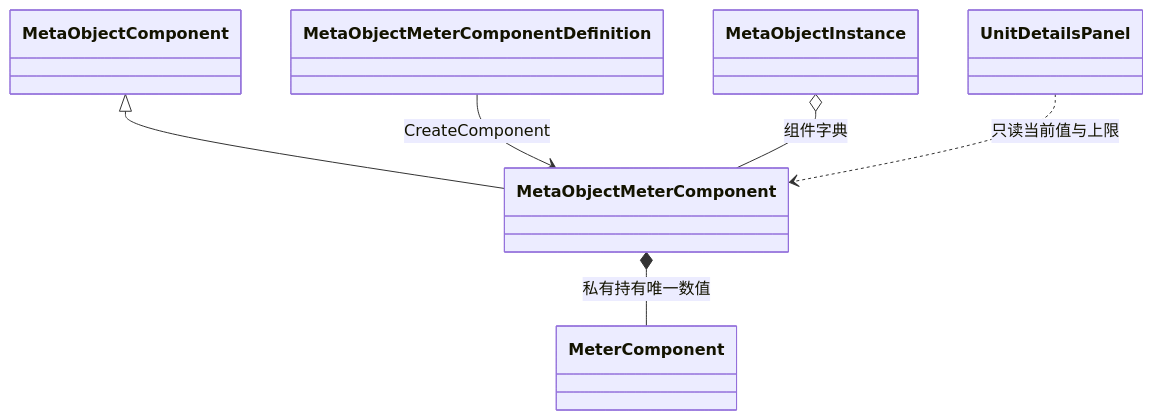
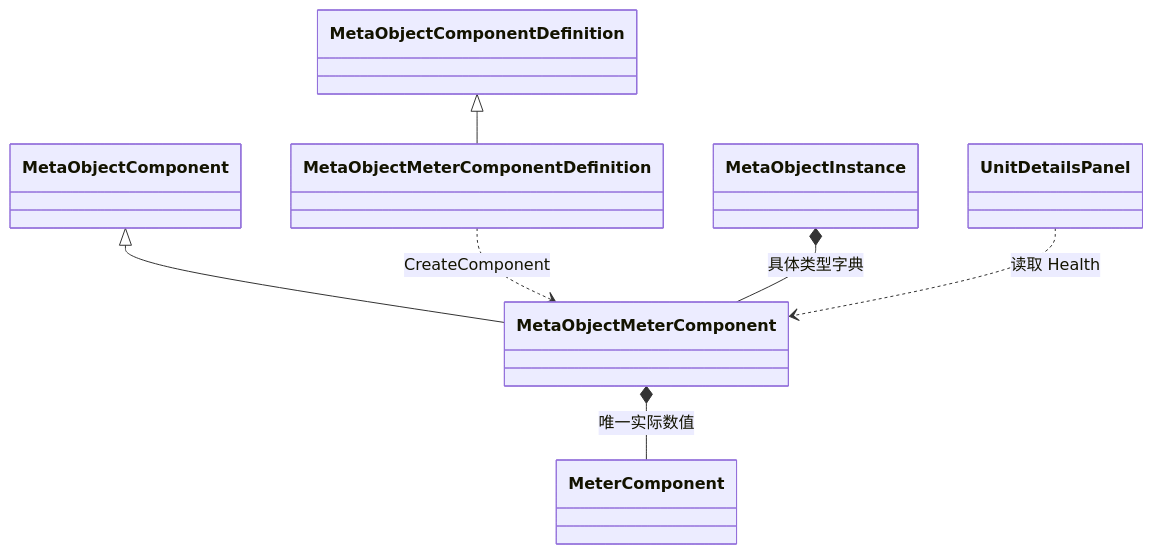
The diagram in 代码说明文档/75_量表组件与生命显示代码设计案.md (ObALive/this), drawn with Mermaid before and after one commit. The commit also changed other lines of this file and 21 other files, not shown here.

````diff
--- a/代码说明文档/75_量表组件与生命显示代码设计案.md
+++ b/代码说明文档/75_量表组件与生命显示代码设计案.md
@@ -30,8 +18,9 @@
 ```mermaid
 classDiagram
+  MetaObjectComponentDefinition <|-- MetaObjectMeterComponentDefinition
   MetaObjectComponent <|-- MetaObjectMeterComponent
-  MetaObjectMeterComponentDefinition --> MetaObjectMeterComponent : CreateComponent
-  MetaObjectMeterComponent *-- MeterComponent : 私有持有唯一数值
-  MetaObjectInstance o-- MetaObjectMeterComponent : 组件字典
-  UnitDetailsPanel ..> MetaObjectMeterComponent : 只读当前值与上限
+  MetaObjectMeterComponentDefinition ..> MetaObjectMeterComponent : CreateComponent
+  MetaObjectInstance *-- MetaObjectMeterComponent : 具体类型字典
+  MetaObjectMeterComponent *-- MeterComponent : 唯一实际数值
+  UnitDetailsPanel ..> MetaObjectMeterComponent : 读取 Health
 ```
````
